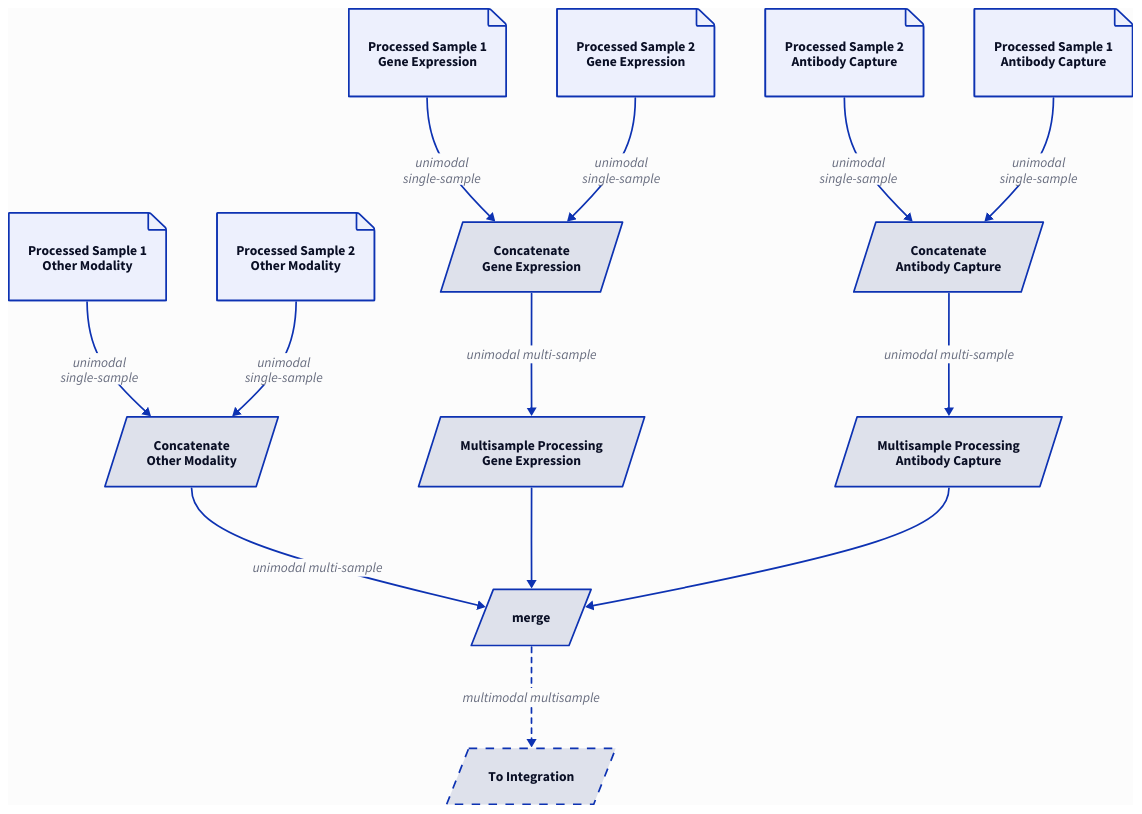
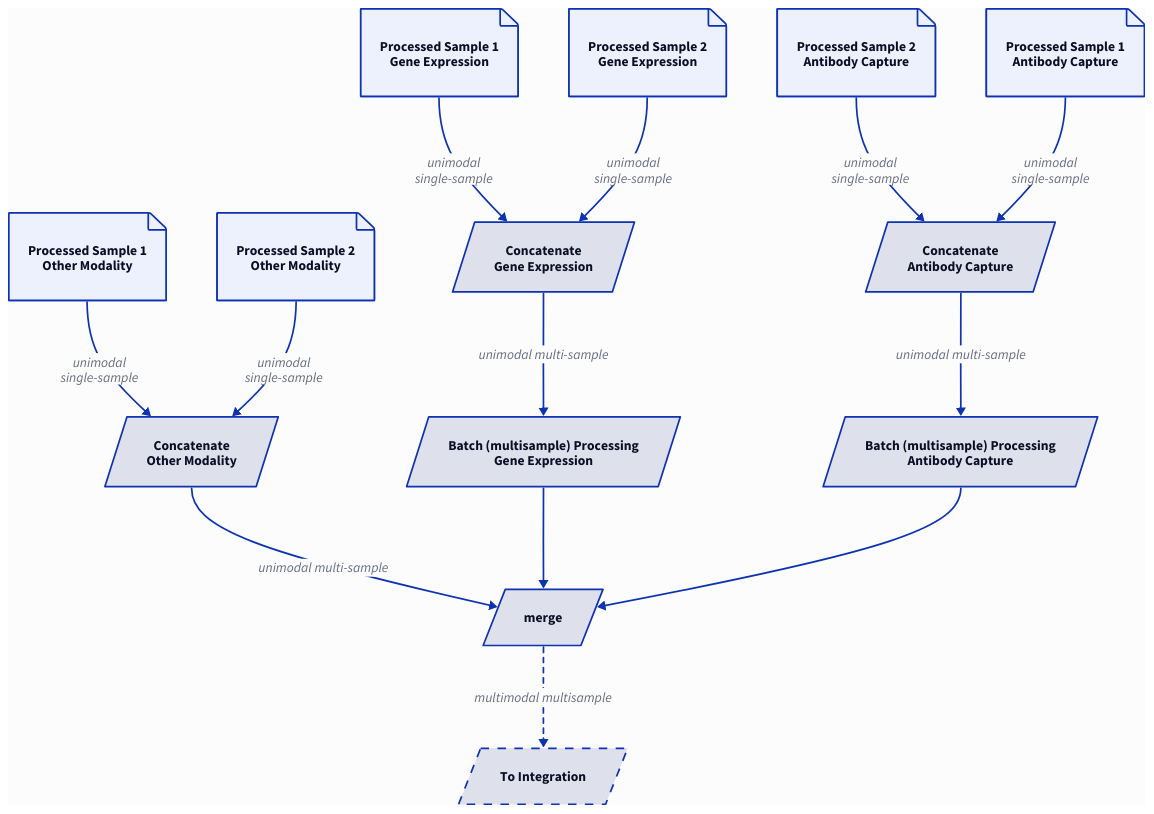
Diagram 12 of 18 in fundamentals/architecture.qmd (openpipelines-bio/website), drawn with D2 before and after one commit. The commit also changed other lines of this file, not shown here.

Commit message:
Start updating architecture page for next release

```diff
--- a/fundamentals/architecture.qmd
+++ b/fundamentals/architecture.qmd
@@ -495,75 +521,75 @@
 ~~~{.d2}
 direction: down
 
 
 input_gex_2: "Processed Sample 2\nGene Expression" {
   shape: page
 }
 input_adt_2: "Processed Sample 1\nAntibody Capture" {
   shape: page
 }
 
 input_gex_1: "Processed Sample 1\nGene Expression" {
   shape: page
 }
 input_adt_1: "Processed Sample 2\nAntibody Capture" {
   shape: page
 }
 
 input_other_1: "Processed Sample 1\nOther Modality" {
   shape: page
 }
 input_other_2: "Processed Sample 2\nOther Modality" {
   shape: page
 }
 
 
 concat_gex: "Concatenate\nGene Expression" {
   shape: parallelogram
 }
 
 concat_adt: "Concatenate\nAntibody Capture" {
   shape: parallelogram
 }
 
 concat_other: "Concatenate\nOther Modality" {
   shape: parallelogram
 }
 
-multisample_gex: "Multisample Processing\nGene Expression" {
+multisample_gex: "Batch (multisample) Processing\nGene Expression" {
   shape: parallelogram
 }
 
-multisample_adt: "Multisample Processing\nAntibody Capture" {
+multisample_adt: "Batch (multisample) Processing\nAntibody Capture" {
   shape: parallelogram
 }
 
 merge {
   shape: parallelogram
 }
 
 integration: "To Integration"{
   shape: parallelogram
   style.stroke-dash: 5
 }
 
 input_gex_1 -> concat_gex: "unimodal\nsingle-sample"
 input_gex_2 -> concat_gex: "unimodal\nsingle-sample"
 input_adt_1 -> concat_adt: "unimodal\nsingle-sample"
 input_adt_2 -> concat_adt: "unimodal\nsingle-sample" 
 input_other_1 -> concat_other: "unimodal\nsingle-sample"
 input_other_2 -> concat_other: "unimodal\nsingle-sample"
 concat_gex -> multisample_gex: unimodal multi-sample
 concat_adt -> multisample_adt: unimodal multi-sample
 concat_other -> merge: unimodal multi-sample
 multisample_gex -> merge
 multisample_adt -> merge
 merge -> integration: "multimodal multisample" {
   style.stroke-dash: 3
 }
 
 style: {
   fill: "#FCFCFC"
 }
 
 ~~~
```
